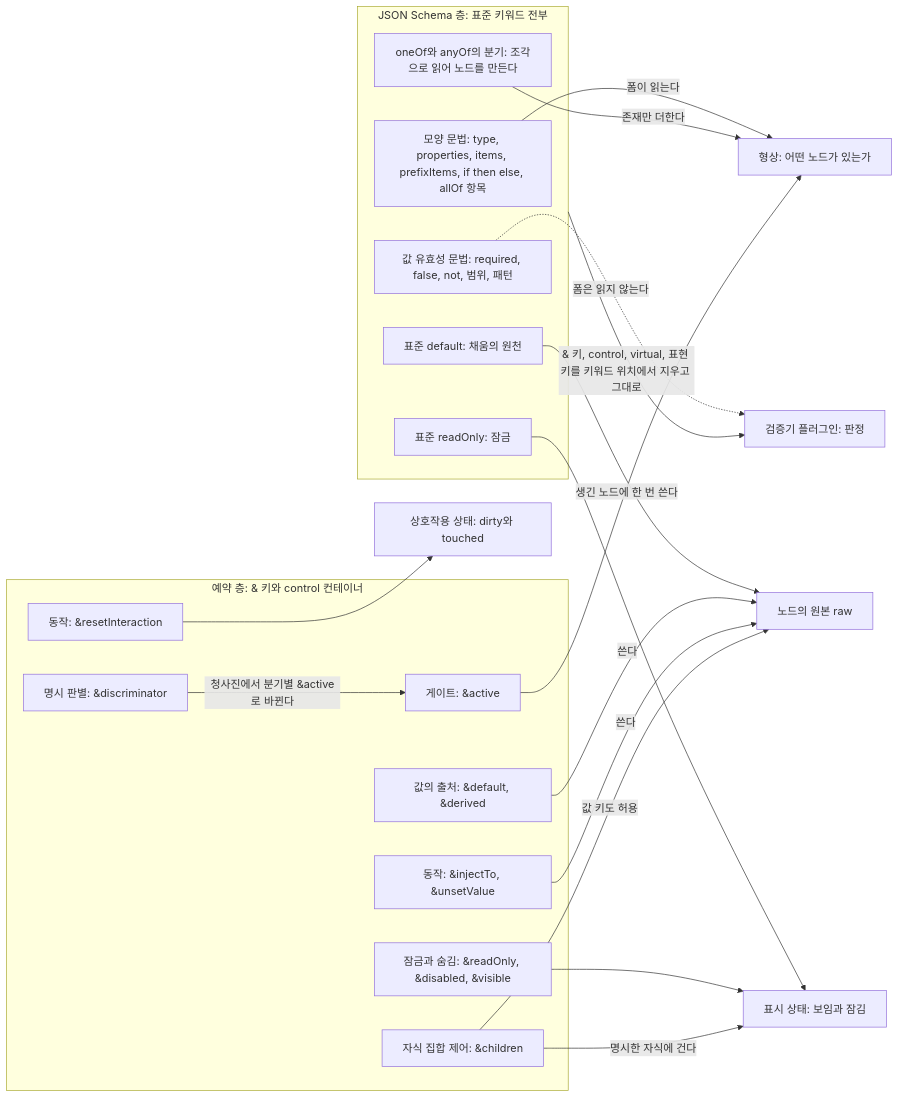
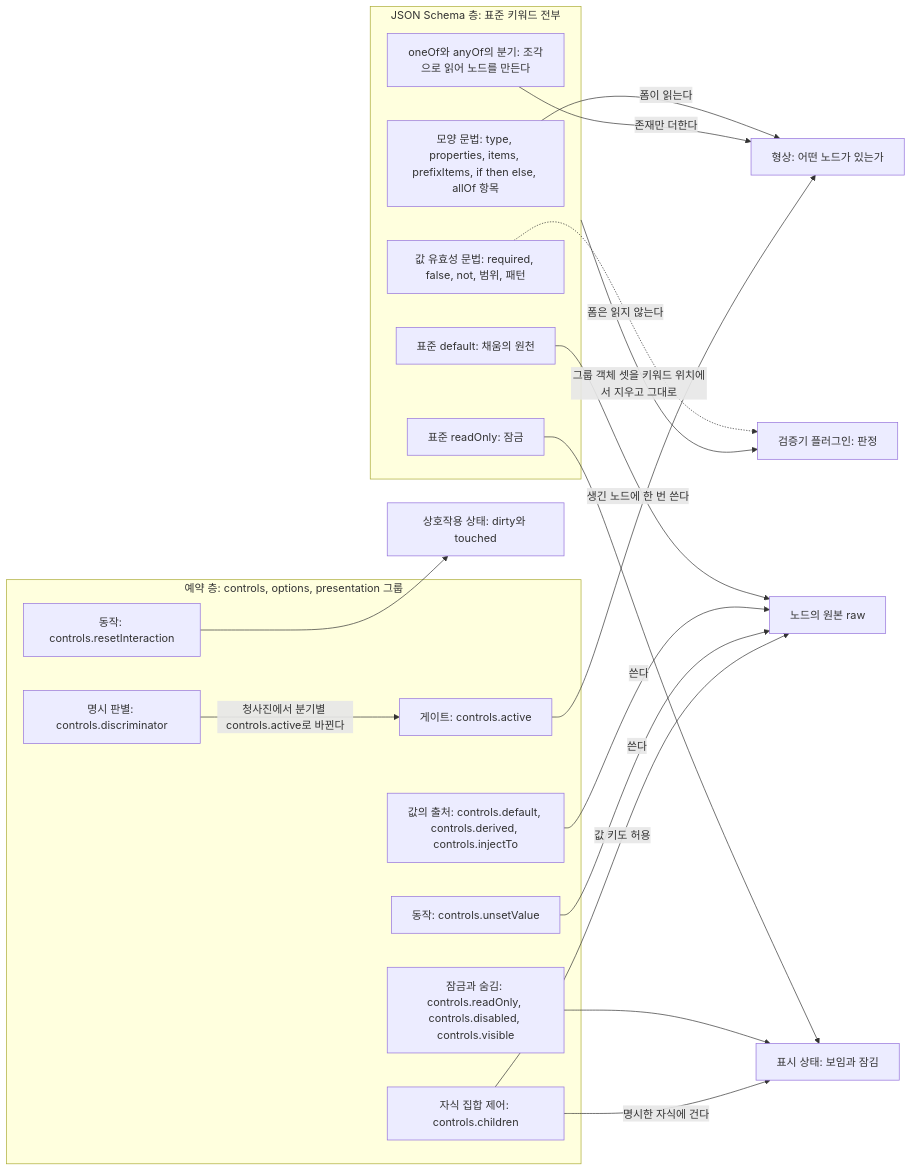
The first of 3 diagrams in packages/canard/schema-form/architecture/02-target-overview.md (vincent-kk/albatrion), drawn with Mermaid before and after one commit. The commit also changed other lines of this file and 25 other files, not shown here.

First line of the commit message:
docs(schema-form): update architecture documents for design review round 15

````diff
--- a/packages/canard/schema-form/architecture/02-target-overview.md
+++ b/packages/canard/schema-form/architecture/02-target-overview.md
@@ -11,39 +11,39 @@
 ```mermaid
 flowchart LR
   subgraph schemaLayer["JSON Schema 층: 표준 키워드 전부"]
     shapeKw["모양 문법: type, properties, items, prefixItems, if then else, allOf 항목"]
     branchKw["oneOf와 anyOf의 분기: 조각으로 읽어 노드를 만든다"]
     defaultKw["표준 default: 채움의 원천"]
     readOnlyKw["표준 readOnly: 잠금"]
     validKw["값 유효성 문법: required, false, not, 범위, 패턴"]
   end
-  subgraph reservedLayer["예약 층: & 키와 control 컨테이너"]
-    gateKey["게이트: &active"]
-    discKey["명시 판별: &discriminator"]
-    stateKey["잠금과 숨김: &readOnly, &disabled, &visible"]
-    sourceKey["값의 출처: &default, &derived"]
-    actionKey["동작: &injectTo, &unsetValue"]
-    resetKey["동작: &resetInteraction"]
-    scopeKey["자식 집합 제어: &children"]
+  subgraph reservedLayer["예약 층: controls, options, presentation 그룹"]
+    gateKey["게이트: controls.active"]
+    discKey["명시 판별: controls.discriminator"]
+    stateKey["잠금과 숨김: controls.readOnly, controls.disabled, controls.visible"]
+    sourceKey["값의 출처: controls.default, controls.derived, controls.injectTo"]
+    actionKey["동작: controls.unsetValue"]
+    resetKey["동작: controls.resetInteraction"]
+    scopeKey["자식 집합 제어: controls.children"]
   end
   validator["검증기 플러그인: 판정"]
   shapeOut["형상: 어떤 노드가 있는가"]
   raw["노드의 원본 raw"]
   display["표시 상태: 보임과 잠김"]
   interaction["상호작용 상태: dirty와 touched"]
 
-  schemaLayer -->|"& 키, control, virtual, 표현 키를 키워드 위치에서 지우고 그대로"| validator
+  schemaLayer -->|"그룹 객체 셋을 키워드 위치에서 지우고 그대로"| validator
   validKw -.->|"폼은 읽지 않는다"| validator
   shapeKw -->|"폼이 읽는다"| shapeOut
   branchKw -->|"존재만 더한다"| shapeOut
   defaultKw -->|"생긴 노드에 한 번 쓴다"| raw
   readOnlyKw --> display
-  discKey -->|"청사진에서 분기별 &active로 바뀐다"| gateKey
+  discKey -->|"청사진에서 분기별 controls.active로 바뀐다"| gateKey
   gateKey --> shapeOut
   stateKey --> display
   sourceKey -->|"쓴다"| raw
   actionKey -->|"쓴다"| raw
   resetKey --> interaction
   scopeKey -->|"명시한 자식에 건다"| display
   scopeKey -->|"값 키도 허용"| raw
 ```
````
